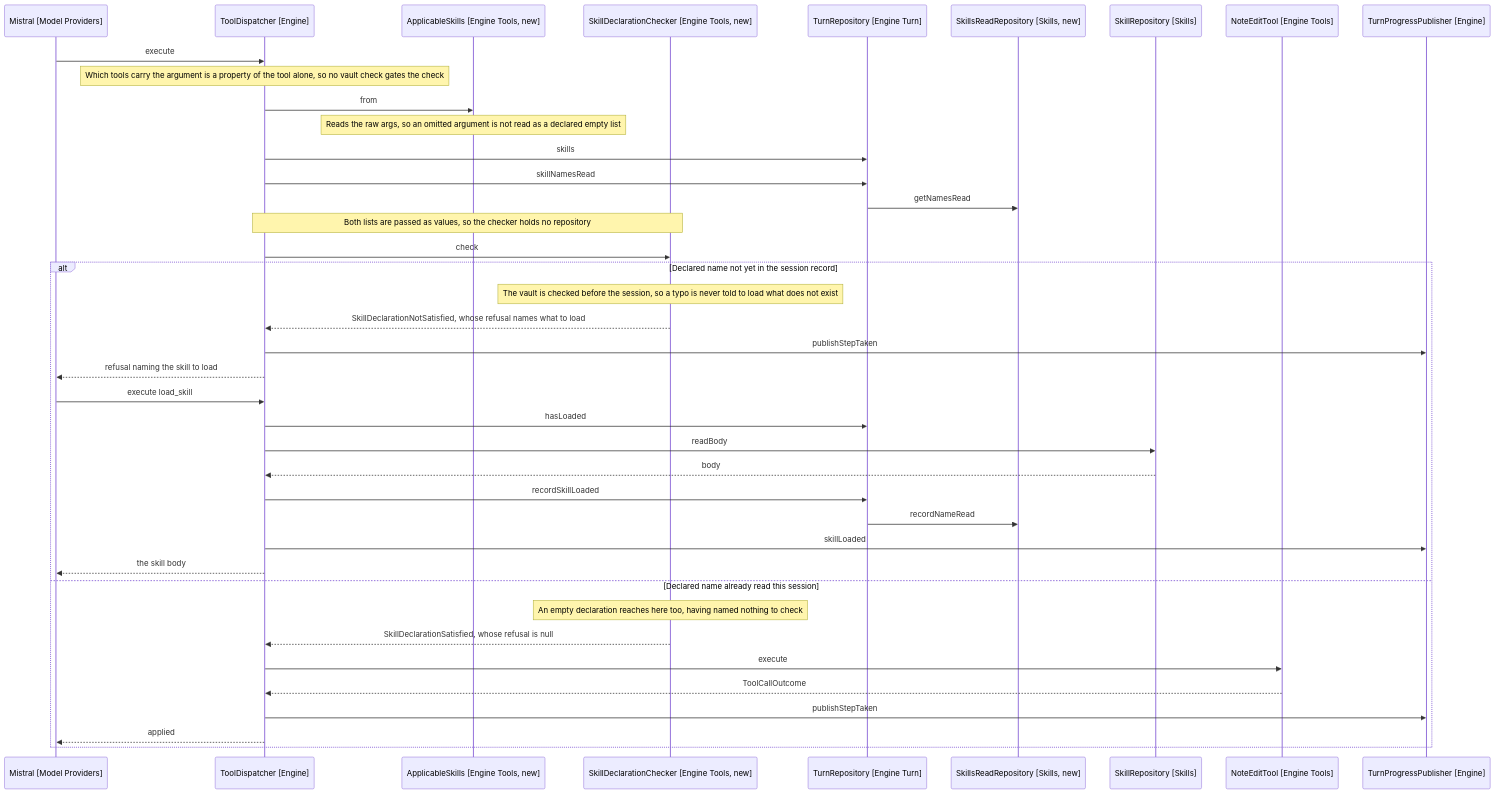
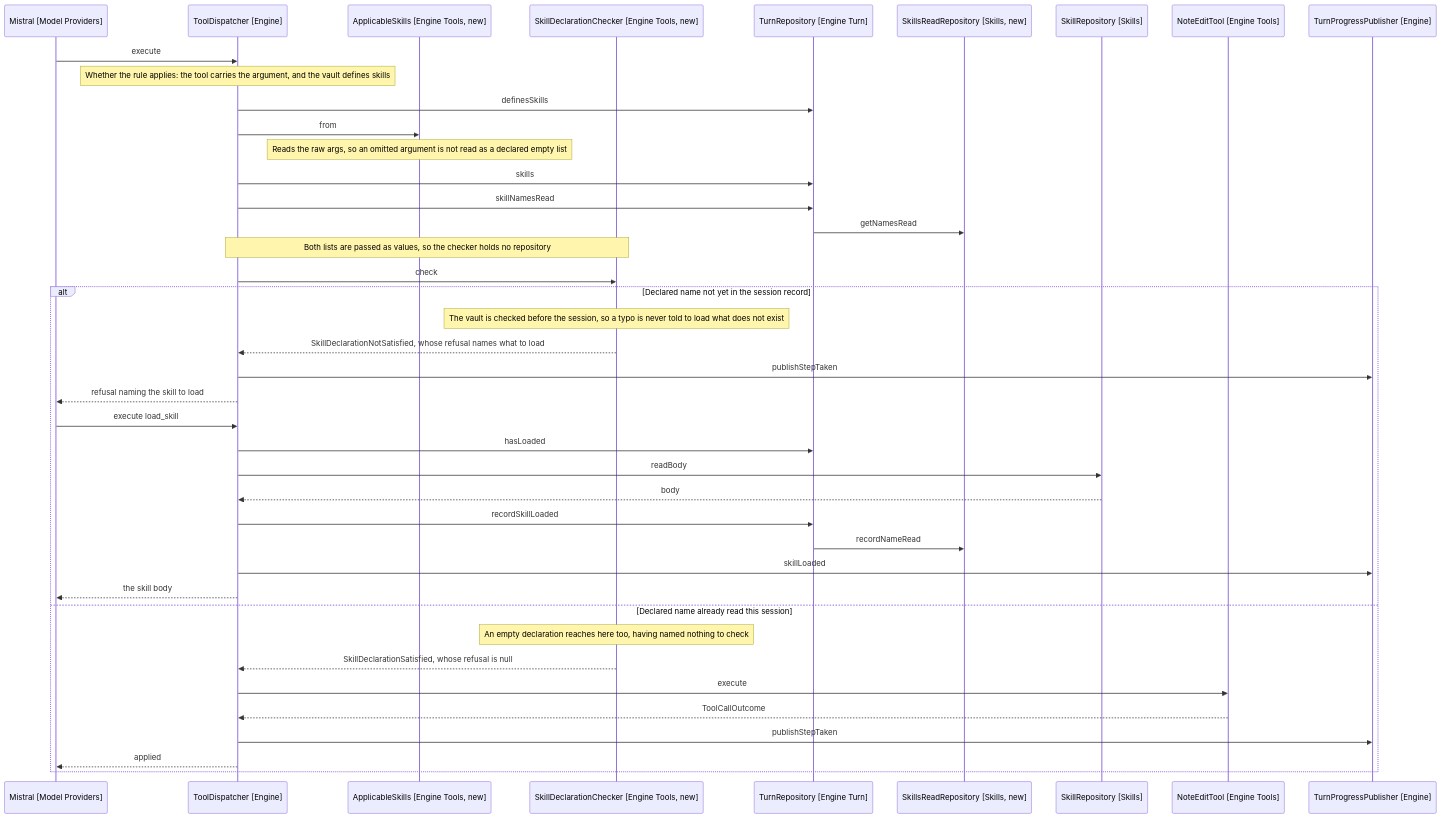
One commit to iparips/obsidian-owl changed the diagram in docs/spec/24-remembering-skills-read/3-design.md. Above: the diagram before and after it, drawn with Mermaid. The commit also changed 4 other files, not shown here.

First line of the commit message:
Ask whether the skill rule applies before checking a declaration

````diff
--- a/docs/spec/24-remembering-skills-read/3-design.md
+++ b/docs/spec/24-remembering-skills-read/3-design.md
@@ -113,44 +113,45 @@
 ```mermaid
 sequenceDiagram
     participant Model as Mistral [Model Providers]
     participant Dispatcher as ToolDispatcher [Engine]
     participant Applicable as ApplicableSkills [Engine Tools, new]
     participant Checker as SkillDeclarationChecker [Engine Tools, new]
     participant Turn as TurnRepository [Engine Turn]
     participant SkillsRead as SkillsReadRepository [Skills, new]
     participant Skills as SkillRepository [Skills]
     participant Edit as NoteEditTool [Engine Tools]
     participant Panel as TurnProgressPublisher [Engine]
 
     Model->>Dispatcher: execute
-    Note over Dispatcher: Which tools carry the argument is a property of the tool alone, so no vault check gates the check
+    Note over Dispatcher: Whether the rule applies: the tool carries the argument, and the vault defines skills
+    Dispatcher->>Turn: definesSkills
     Dispatcher->>Applicable: from
     Note over Applicable: Reads the raw args, so an omitted argument is not read as a declared empty list
     Dispatcher->>Turn: skills
     Dispatcher->>Turn: skillNamesRead
     Turn->>SkillsRead: getNamesRead
     Note over Dispatcher,Checker: Both lists are passed as values, so the checker holds no repository
     Dispatcher->>Checker: check
 
     alt Declared name not yet in the session record
         Note over Checker: The vault is checked before the session, so a typo is never told to load what does not exist
         Checker-->>Dispatcher: SkillDeclarationNotSatisfied, whose refusal names what to load
         Dispatcher->>Panel: publishStepTaken
         Dispatcher-->>Model: refusal naming the skill to load
         Model->>Dispatcher: execute load_skill
         Dispatcher->>Turn: hasLoaded
         Dispatcher->>Skills: readBody
         Skills-->>Dispatcher: body
         Dispatcher->>Turn: recordSkillLoaded
         Turn->>SkillsRead: recordNameRead
         Dispatcher->>Panel: skillLoaded
         Dispatcher-->>Model: the skill body
     else Declared name already read this session
         Note over Checker: An empty declaration reaches here too, having named nothing to check
         Checker-->>Dispatcher: SkillDeclarationSatisfied, whose refusal is null
         Dispatcher->>Edit: execute
         Edit-->>Dispatcher: ToolCallOutcome
         Dispatcher->>Panel: publishStepTaken
         Dispatcher-->>Model: applied
     end
 ```
````
